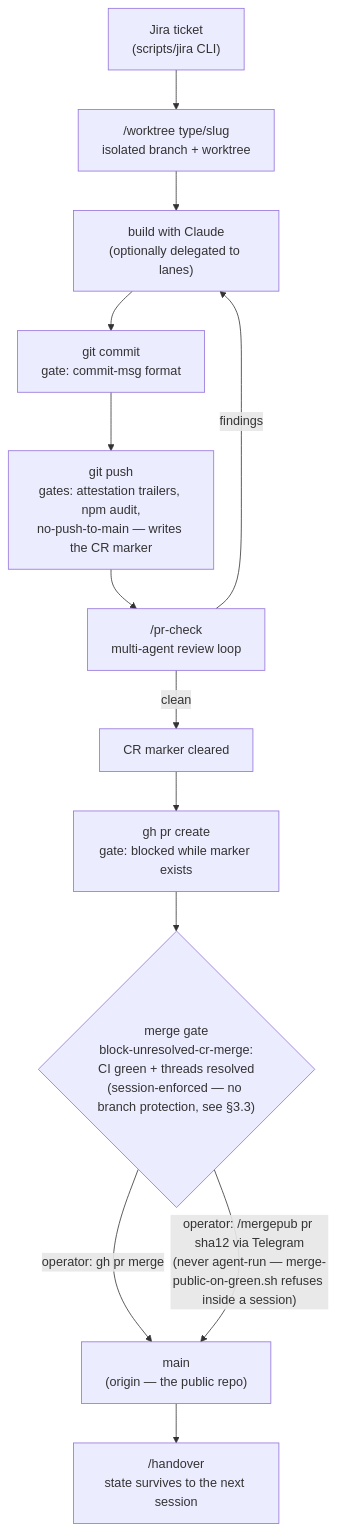
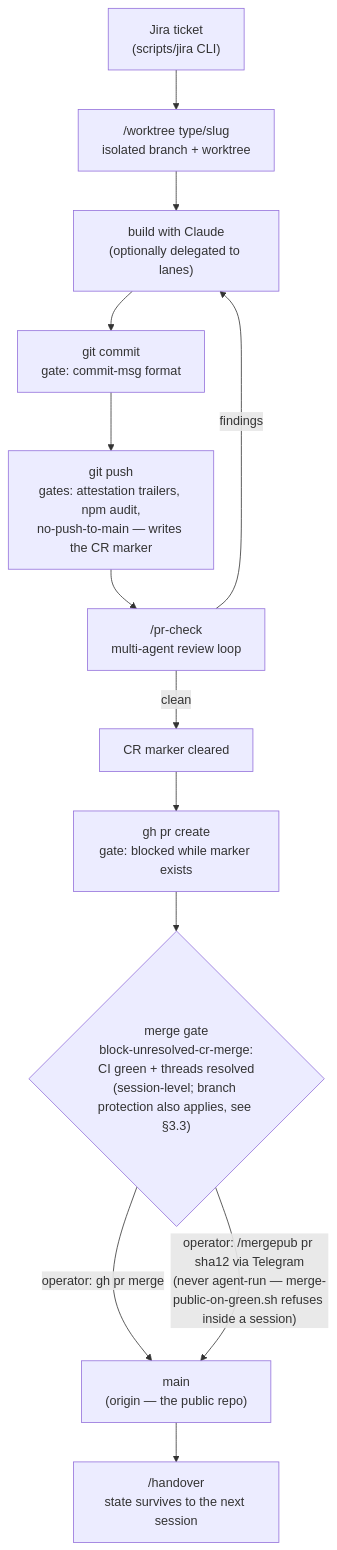
Before and after one commit to yotamleo/Himmel: the first of 4 diagrams in docs/configuration.md, drawn with Mermaid. The commit also changed other lines of this file and 4 other files, not shown here.

First line of the commit message:
fix(docs): [HIMMEL-2865] correct the stale no-branch-protection claim and two CR round-2 findings

````diff
--- a/docs/configuration.md
+++ b/docs/configuration.md
@@ -62,15 +62,15 @@
 ```mermaid
 flowchart TD
     T["Jira ticket<br/>(scripts/jira CLI)"] --> W["/worktree type/slug<br/>isolated branch + worktree"]
     W --> B["build with Claude<br/>(optionally delegated to lanes)"]
     B --> C["git commit<br/>gate: commit-msg format"]
     C --> P["git push<br/>gates: attestation trailers, npm audit,<br/>no-push-to-main — writes the CR marker"]
     P --> R["/pr-check<br/>multi-agent review loop"]
     R -->|findings| B
     R -->|clean| CM["CR marker cleared"]
     CM --> PR["gh pr create<br/>gate: blocked while marker exists"]
-    PR --> M{"merge gate<br/>block-unresolved-cr-merge:<br/>CI green + threads resolved<br/>(session-enforced — no branch protection, see §3.3)"}
+    PR --> M{"merge gate<br/>block-unresolved-cr-merge:<br/>CI green + threads resolved<br/>(session-level; branch protection also applies, see §3.3)"}
     M -->|"operator: gh pr merge"| MAIN["main<br/>(origin — the public repo)"]
     M -->|"operator: /mergepub pr sha12 via Telegram<br/>(never agent-run — merge-public-on-green.sh refuses inside a session)"| MAIN
     MAIN --> H["/handover<br/>state survives to the next session"]
 ```
````
